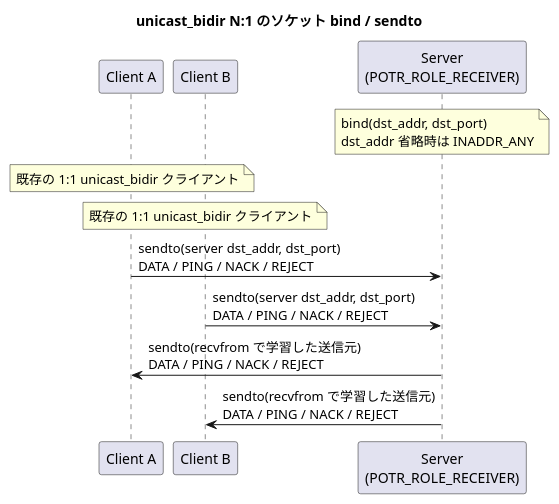
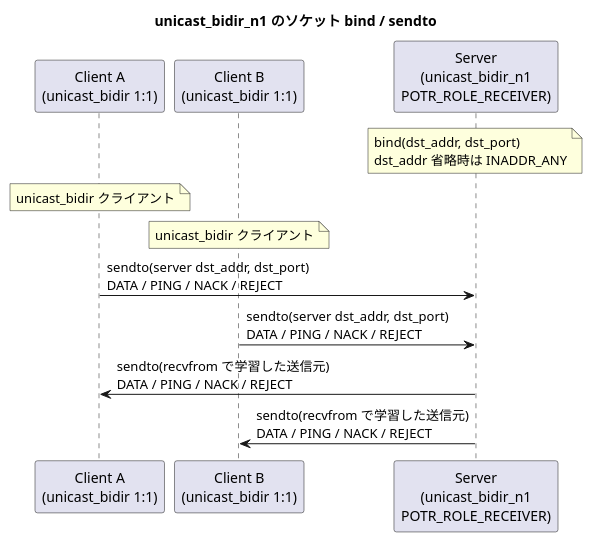
One commit to Hondarer/c-modernization-kit changed the third of 5 diagrams in prod/porter/docs/config.md. Above: the diagram before and after it, drawn with PlantUML. The commit also changed other lines of this file and 6 other files, not shown here.

Commit message:
POTR_TYPE_UNICAST_BIDIR_N1

````diff
--- a/prod/porter/docs/config.md
+++ b/prod/porter/docs/config.md
@@ -349,18 +357,18 @@
 ```plantuml
 @startuml
-title unicast_bidir N:1 のソケット bind / sendto
+title unicast_bidir_n1 のソケット bind / sendto
 
-participant "Client A" as CA
-participant "Client B" as CB
-participant "Server\n(POTR_ROLE_RECEIVER)" as S
+participant "Client A\n(unicast_bidir 1:1)" as CA
+participant "Client B\n(unicast_bidir 1:1)" as CB
+participant "Server\n(unicast_bidir_n1\nPOTR_ROLE_RECEIVER)" as S
 
 note over S: bind(dst_addr, dst_port)\ndst_addr 省略時は INADDR_ANY
-note over CA: 既存の 1:1 unicast_bidir クライアント
-note over CB: 既存の 1:1 unicast_bidir クライアント
+note over CA: unicast_bidir クライアント
+note over CB: unicast_bidir クライアント
 
 CA -> S: sendto(server dst_addr, dst_port)\nDATA / PING / NACK / REJECT
 CB -> S: sendto(server dst_addr, dst_port)\nDATA / PING / NACK / REJECT
 S -> CA: sendto(recvfrom で学習した送信元)\nDATA / PING / NACK / REJECT
 S -> CB: sendto(recvfrom で学習した送信元)\nDATA / PING / NACK / REJECT
 @enduml
 ```
````
